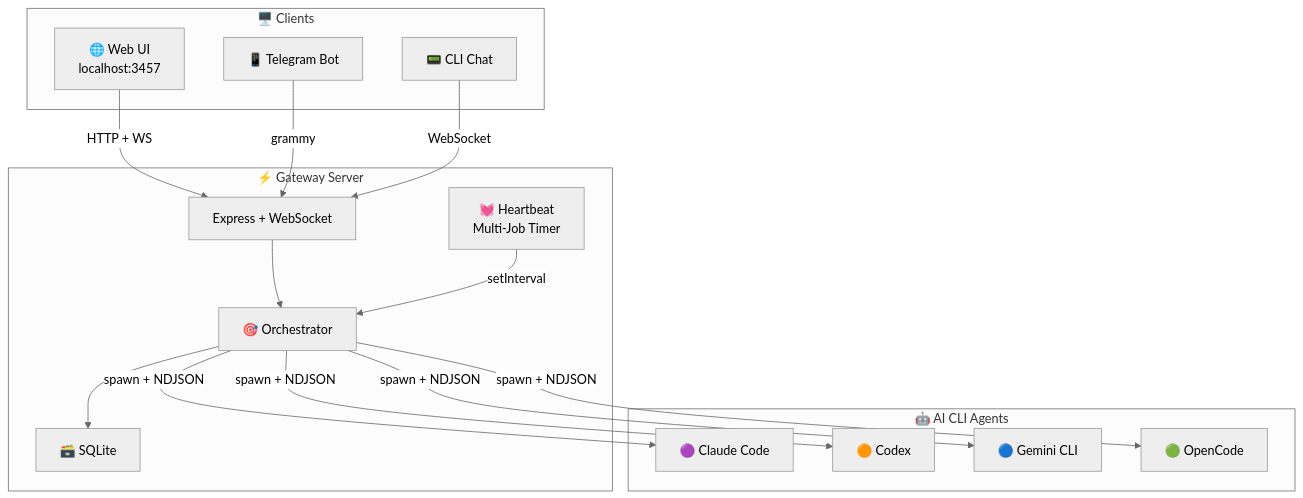
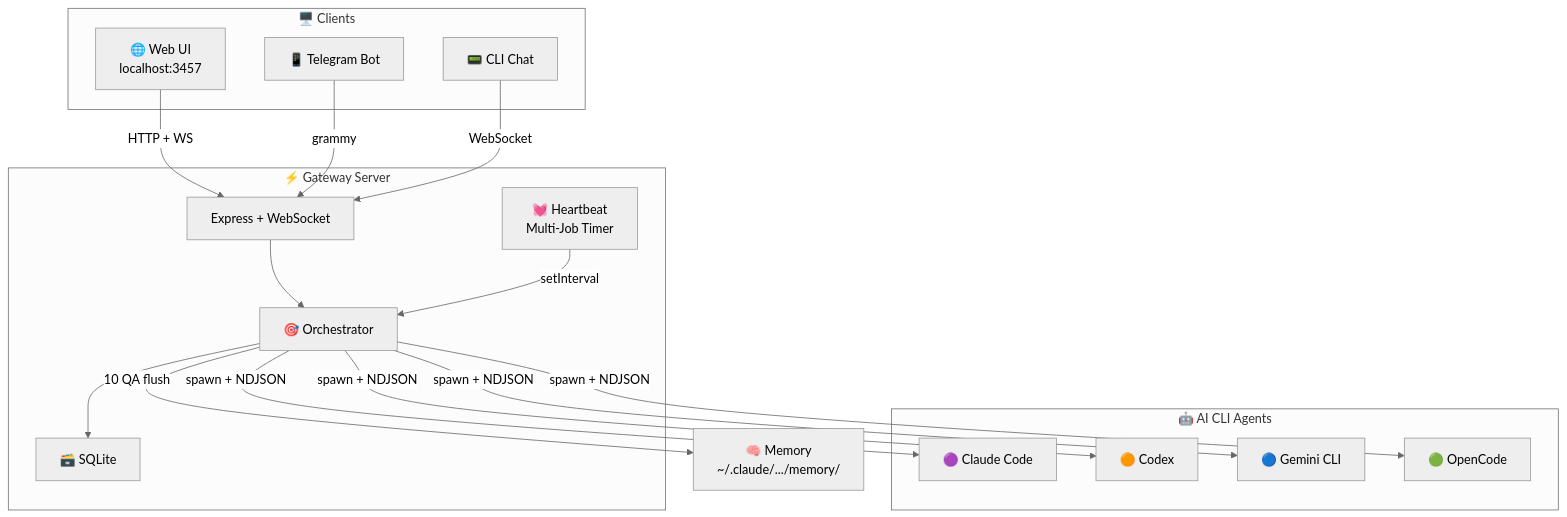
One commit to lidge-jun/cli-jaw changed the first of 5 diagrams in README.md. Above: the diagram before and after it, drawn with Mermaid (neutral theme). The commit also changed other lines of this file, not shown here.

Commit message:
[agent] docs: update README for Phase 11 Memory

````diff
--- a/README.md
+++ b/README.md
@@ -29,33 +29,34 @@
 ```mermaid
 graph TB
     subgraph Clients["🖥️ Clients"]
         WEB["🌐 Web UI<br/>localhost:3457"]
         TG["📱 Telegram Bot"]
         CLI["📟 CLI Chat"]
     end
 
     subgraph Gateway["⚡ Gateway Server"]
         EXPRESS["Express + WebSocket"]
         ORCH["🎯 Orchestrator"]
         HB["💓 Heartbeat<br/>Multi-Job Timer"]
         DB["🗃️ SQLite"]
     end
 
     subgraph Agents["🤖 AI CLI Agents"]
         CLAUDE["🟣 Claude Code"]
         CODEX["🟠 Codex"]
         GEMINI["🔵 Gemini CLI"]
         OPEN["🟢 OpenCode"]
     end
 
     WEB -->|HTTP + WS| EXPRESS
     TG -->|grammy| EXPRESS
     CLI -->|WebSocket| EXPRESS
     EXPRESS --> ORCH
     ORCH -->|spawn + NDJSON| CLAUDE
     ORCH -->|spawn + NDJSON| CODEX
     ORCH -->|spawn + NDJSON| GEMINI
     ORCH -->|spawn + NDJSON| OPEN
     HB -->|setInterval| ORCH
     ORCH --> DB
+    ORCH -->|10 QA flush| MEM["🧠 Memory\n~/.claude/.../memory/"]
 ```
````
